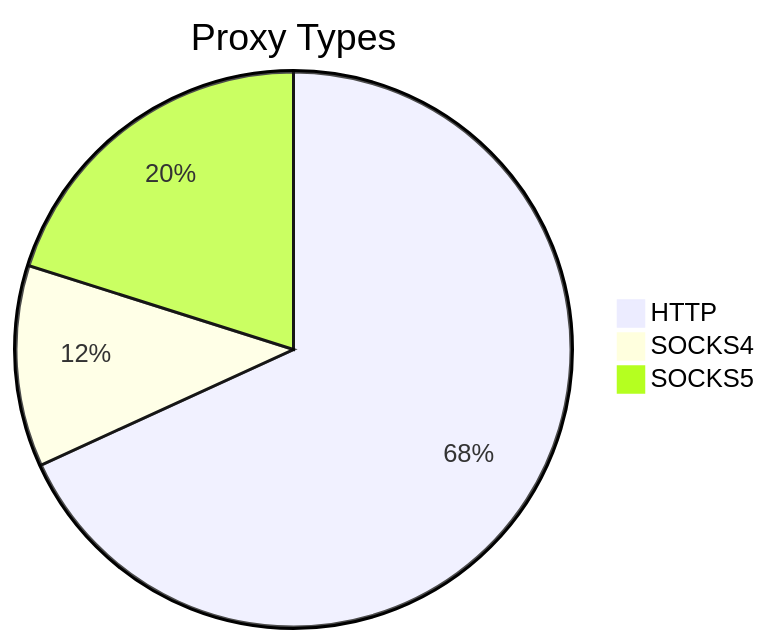
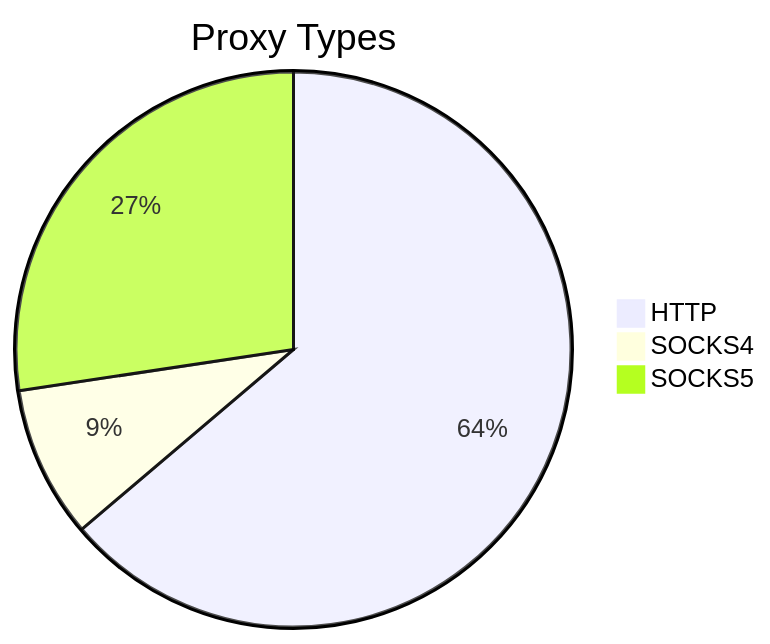
One commit to stormsia/proxy-list changed the first of 2 diagrams in README.md. Above: the diagram before and after it, drawn with Mermaid. The commit also changed other lines of this file, not shown here.

````diff
--- a/README.md
+++ b/README.md
@@ -21,6 +21,6 @@
 ```mermaid
 pie title Proxy Types
-    "HTTP" : 349
-    "SOCKS4" : 60
-    "SOCKS5" : 103
+    "HTTP" : 289
+    "SOCKS4" : 40
+    "SOCKS5" : 124
 ```
````
